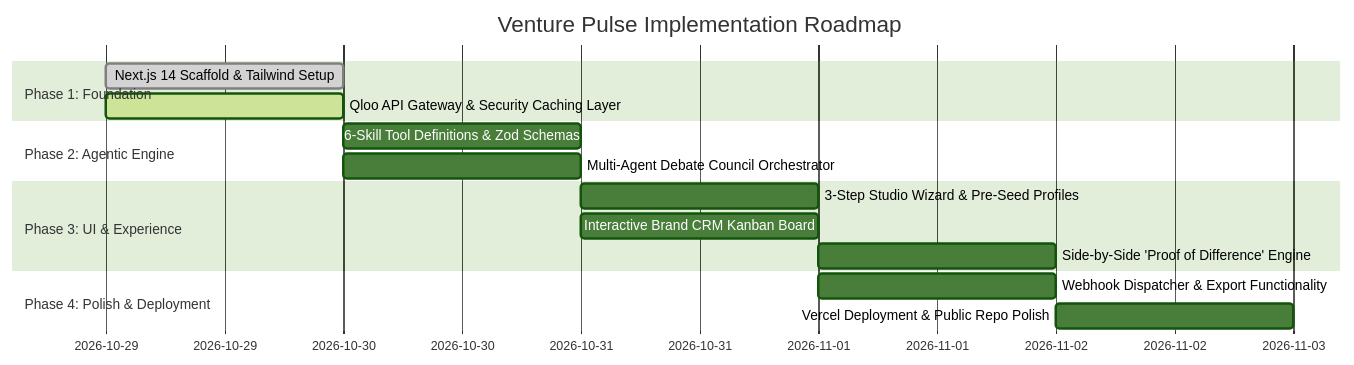
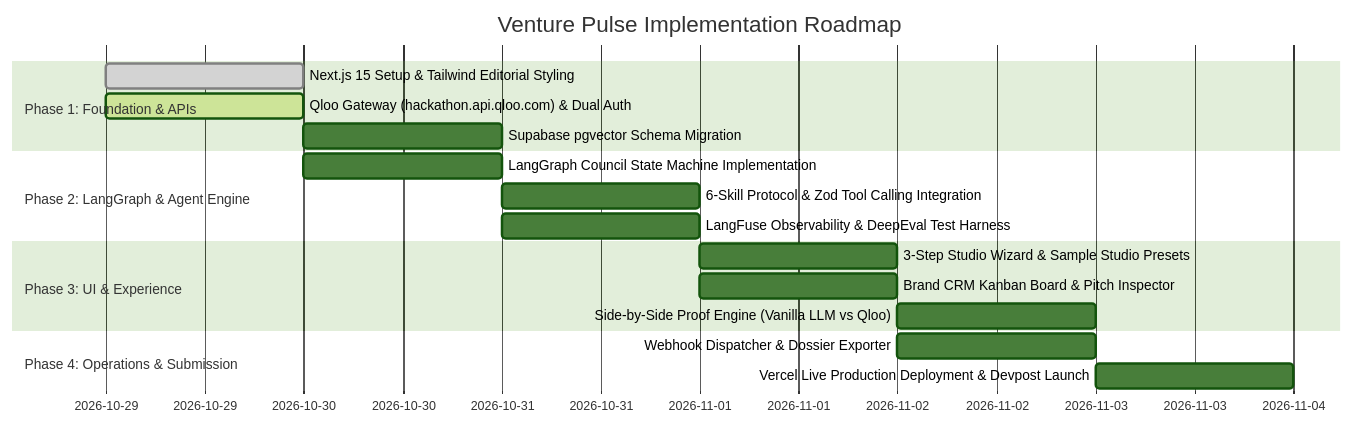
One commit to masbroustudio/VenturePulse changed the diagram in docs/MASTERPLAN.md. Above: the diagram before and after it, drawn with Mermaid (forest theme). The commit also changed other lines of this file and 4 other files, not shown here.

Commit message:
fix: integrate Supabase pgvector, LangGraph, LangFuse, DeepEval, fix Qloo hackathon gateway URL and dual auth

````diff
--- a/docs/MASTERPLAN.md
+++ b/docs/MASTERPLAN.md
@@ -336,18 +49,20 @@
 ```mermaid
 gantt
     title Venture Pulse Implementation Roadmap
     dateFormat  YYYY-MM-DD
-    section Phase 1: Foundation
-    Next.js 14 Scaffold & Tailwind Setup       :done,    p1_1, 2026-10-29, 1d
-    Qloo API Gateway & Security Caching Layer  :active,  p1_2, 2026-10-29, 1d
-    section Phase 2: Agentic Engine
-    6-Skill Tool Definitions & Zod Schemas     :         p2_1, 2026-10-30, 1d
-    Multi-Agent Debate Council Orchestrator    :         p2_2, 2026-10-30, 1d
+    section Phase 1: Foundation & APIs
+    Next.js 15 Setup & Tailwind Editorial Styling       :done,    p1_1, 2026-10-29, 1d
+    Qloo Gateway (hackathon.api.qloo.com) & Dual Auth   :active,  p1_2, 2026-10-29, 1d
+    Supabase pgvector Schema Migration                  :         p1_3, 2026-10-30, 1d
+    section Phase 2: LangGraph & Agent Engine
+    LangGraph Council State Machine Implementation      :         p2_1, 2026-10-30, 1d
+    6-Skill Protocol & Zod Tool Calling Integration     :         p2_2, 2026-10-31, 1d
+    LangFuse Observability & DeepEval Test Harness      :         p2_3, 2026-10-31, 1d
     section Phase 3: UI & Experience
-    3-Step Studio Wizard & Pre-Seed Profiles   :         p3_1, 2026-10-31, 1d
-    Interactive Brand CRM Kanban Board         :         p3_2, 2026-10-31, 1d
-    Side-by-Side 'Proof of Difference' Engine  :         p3_3, 2026-11-01, 1d
-    section Phase 4: Polish & Deployment
-    Webhook Dispatcher & Export Functionality  :         p4_1, 2026-11-01, 1d
-    Vercel Deployment & Public Repo Polish     :         p4_2, 2026-11-02, 1d
+    3-Step Studio Wizard & Sample Studio Presets        :         p3_1, 2026-11-01, 1d
+    Brand CRM Kanban Board & Pitch Inspector            :         p3_2, 2026-11-01, 1d
+    Side-by-Side Proof Engine (Vanilla LLM vs Qloo)     :         p3_3, 2026-11-02, 1d
+    section Phase 4: Operations & Submission
+    Webhook Dispatcher & Dossier Exporter               :         p4_1, 2026-11-02, 1d
+    Vercel Live Production Deployment & Devpost Launch  :         p4_2, 2026-11-03, 1d
 ```
````
